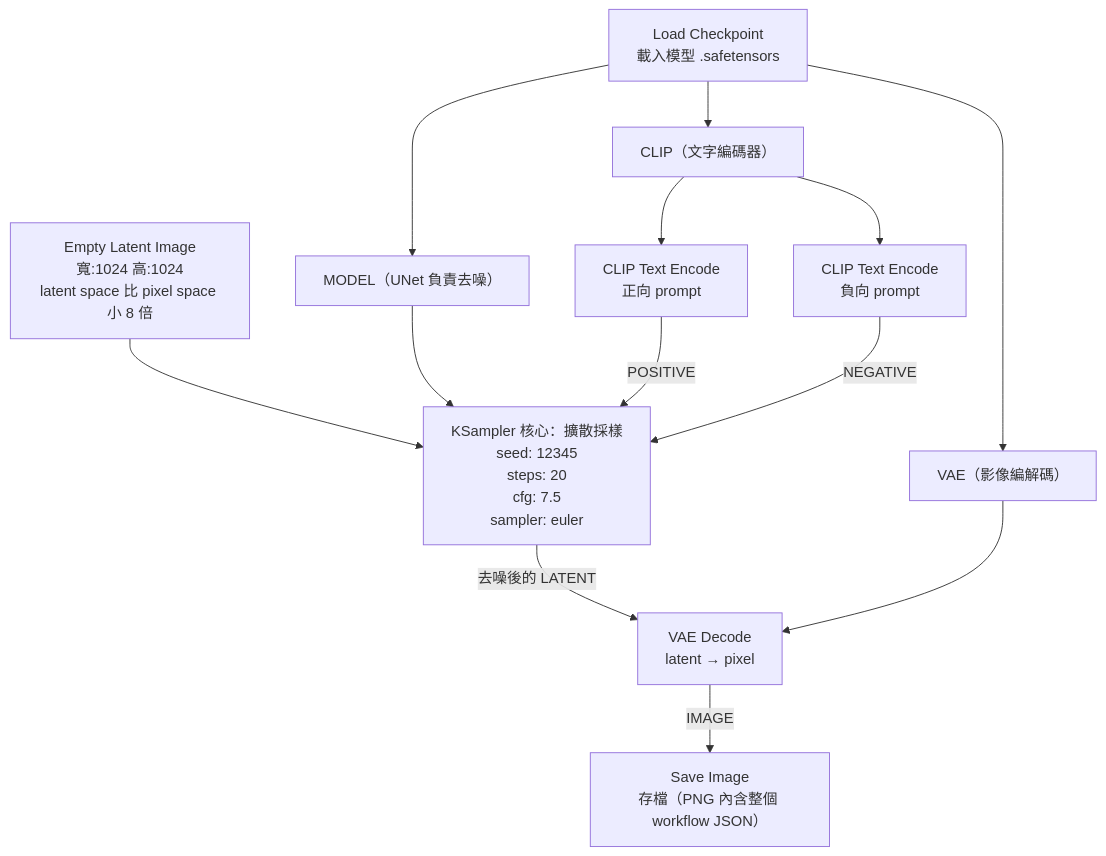
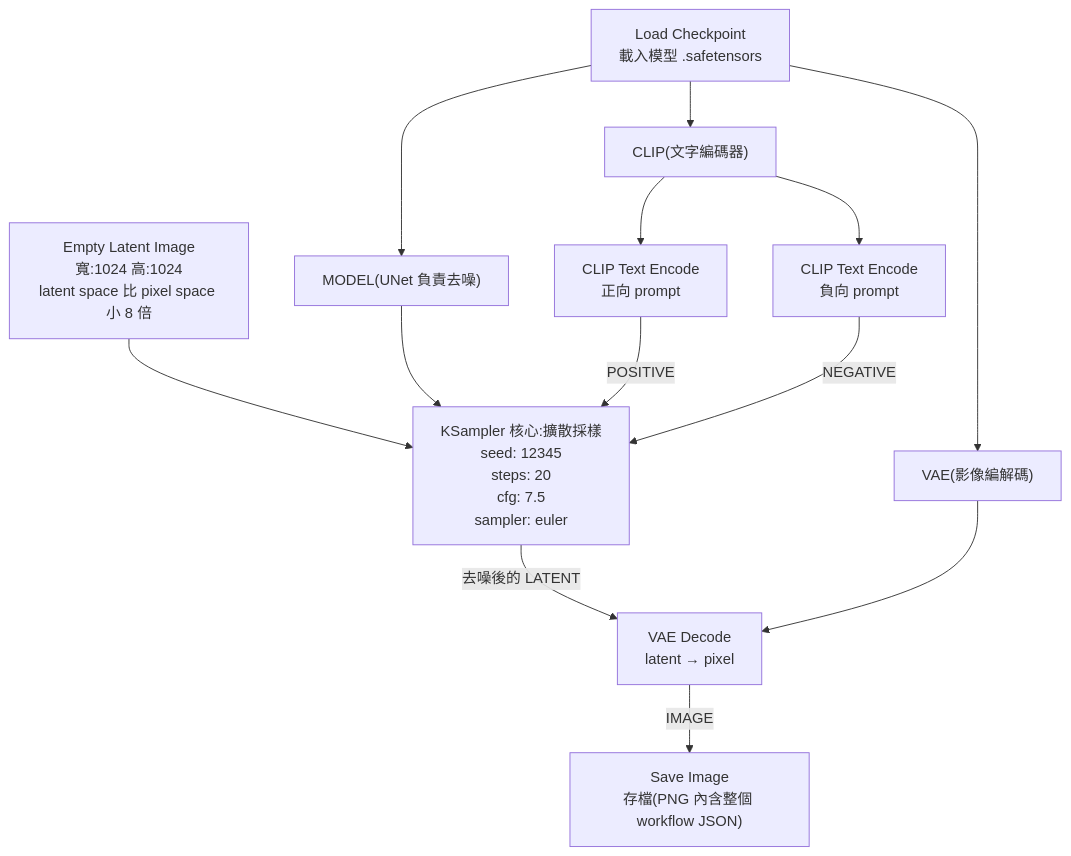
Before and after one commit to deadline314/Lesson3-AI-Tools: diagram 20 of 47 in Guide.md, drawn with Mermaid. The commit also changed other lines of this file and 25 other files, not shown here.

````diff
--- a/Guide.md
+++ b/Guide.md
@@ -701,19 +1009,19 @@
 ```mermaid
 flowchart TD
-    CK["Load Checkpoint<br/>載入模型 .safetensors"] --> MODEL["MODEL（UNet 負責去噪）"]
-    CK --> CLIP["CLIP（文字編碼器）"]
-    CK --> VAE["VAE（影像編解碼）"]
+    CK["Load Checkpoint<br/>載入模型 .safetensors"] --> MODEL["MODEL(UNet 負責去噪)"]
+    CK --> CLIP["CLIP(文字編碼器)"]
+    CK --> VAE["VAE(影像編解碼)"]
     
     CLIP --> POS["CLIP Text Encode<br/>正向 prompt"]
     CLIP --> NEG["CLIP Text Encode<br/>負向 prompt"]
     
     ELI["Empty Latent Image<br/>寬:1024 高:1024<br/>latent space 比 pixel space 小 8 倍"] --> KS
     
-    MODEL --> KS["KSampler 核心：擴散採樣<br/>seed: 12345<br/>steps: 20<br/>cfg: 7.5<br/>sampler: euler"]
+    MODEL --> KS["KSampler 核心:擴散採樣<br/>seed: 12345<br/>steps: 20<br/>cfg: 7.5<br/>sampler: euler"]
     POS -->|POSITIVE| KS
     NEG -->|NEGATIVE| KS
     
     KS -->|去噪後的 LATENT| VD["VAE Decode<br/>latent → pixel"]
     VAE --> VD
-    VD -->|IMAGE| Save["Save Image<br/>存檔（PNG 內含整個 workflow JSON）"]
+    VD -->|IMAGE| Save["Save Image<br/>存檔(PNG 內含整個 workflow JSON)"]
 ```
````
